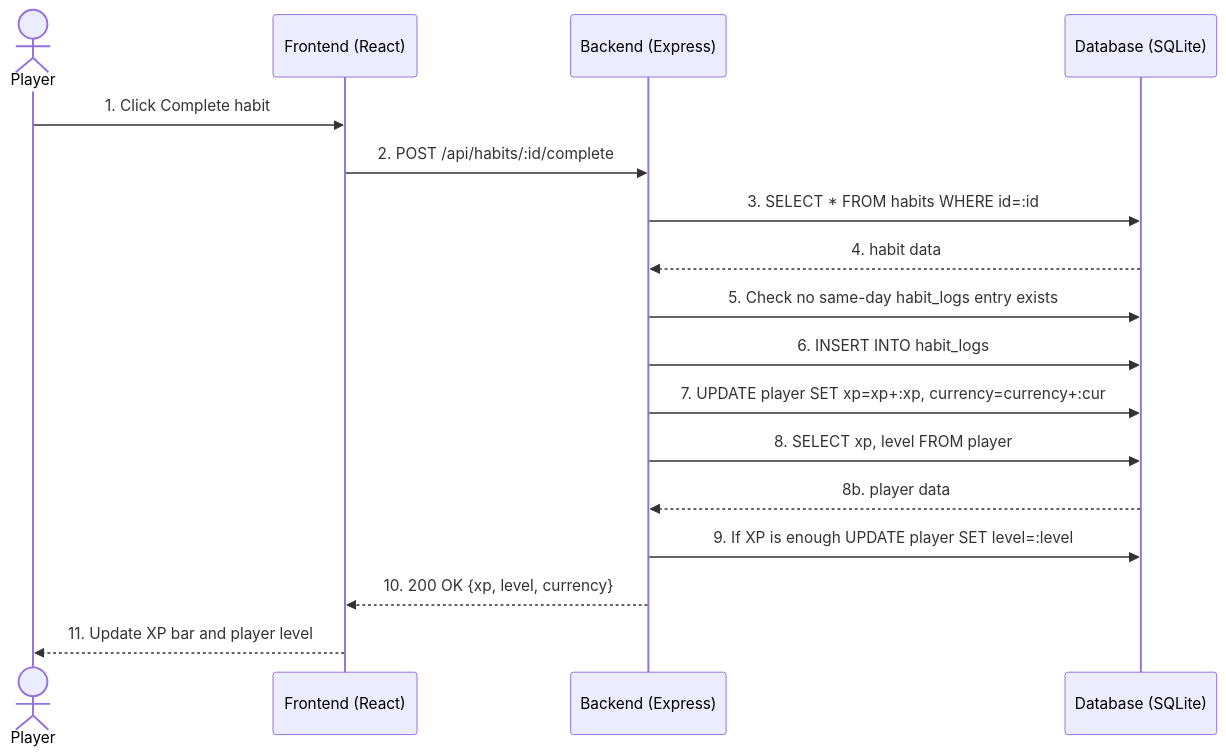
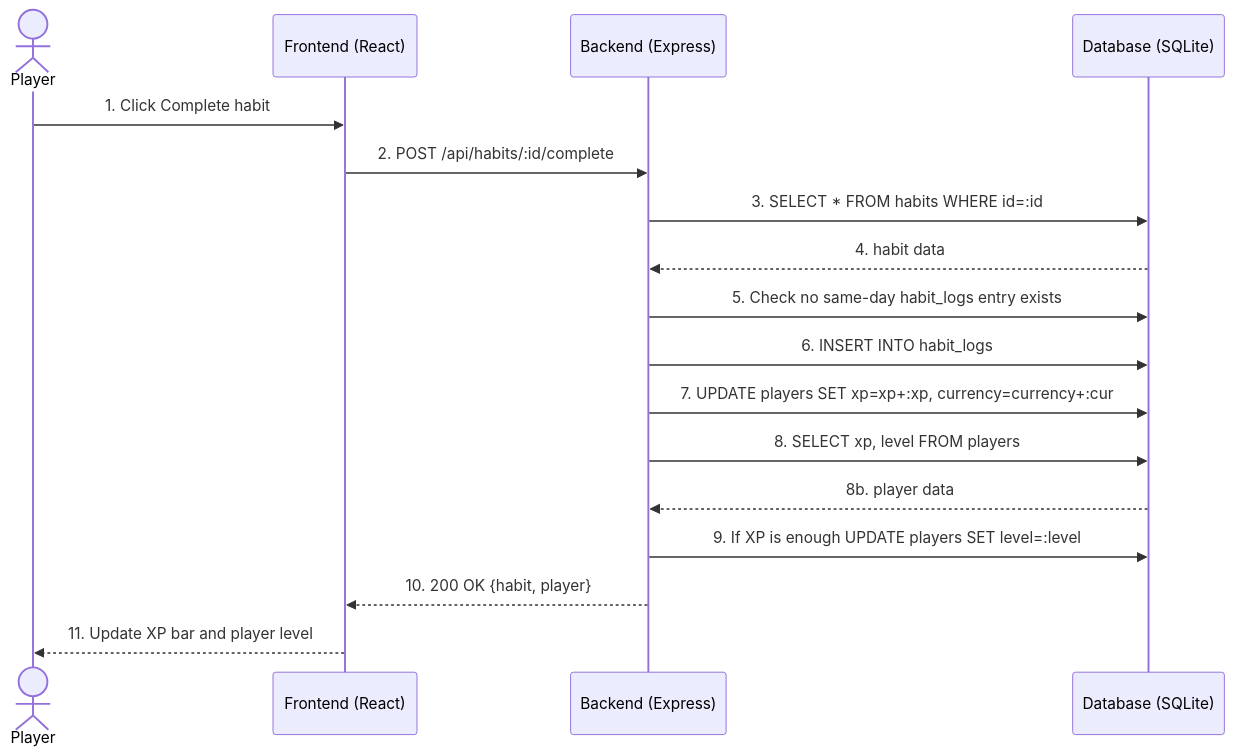
The diagram in docs/diagrams/sequence-habit.md (Promatheusz/habit-tracker), drawn with Mermaid before and after one commit. The commit also changed 4 other files, not shown here.

````diff
--- a/docs/diagrams/sequence-habit.md
+++ b/docs/diagrams/sequence-habit.md
@@ -7,20 +7,20 @@
 ```mermaid
 sequenceDiagram
     actor Player
     participant Frontend as Frontend (React)
     participant Backend as Backend (Express)
     participant DB as Database (SQLite)
 
     Player->>Frontend: 1. Click Complete habit
     Frontend->>Backend: 2. POST /api/habits/:id/complete
     Backend->>DB: 3. SELECT * FROM habits WHERE id=:id
     DB-->>Backend: 4. habit data
     Backend->>DB: 5. Check no same-day habit_logs entry exists
     Backend->>DB: 6. INSERT INTO habit_logs
-    Backend->>DB: 7. UPDATE player SET xp=xp+:xp, currency=currency+:cur
-    Backend->>DB: 8. SELECT xp, level FROM player
+    Backend->>DB: 7. UPDATE players SET xp=xp+:xp, currency=currency+:cur
+    Backend->>DB: 8. SELECT xp, level FROM players
     DB-->>Backend: 8b. player data
-    Backend->>DB: 9. If XP is enough UPDATE player SET level=:level
-    Backend-->>Frontend: 10. 200 OK {xp, level, currency}
+    Backend->>DB: 9. If XP is enough UPDATE players SET level=:level
+    Backend-->>Frontend: 10. 200 OK {habit, player}
     Frontend-->>Player: 11. Update XP bar and player level
 ```
````
